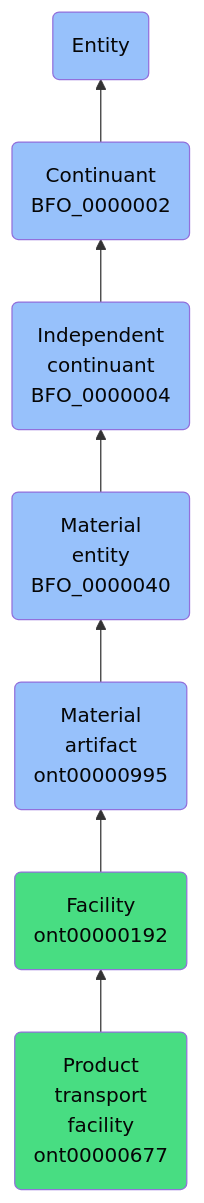
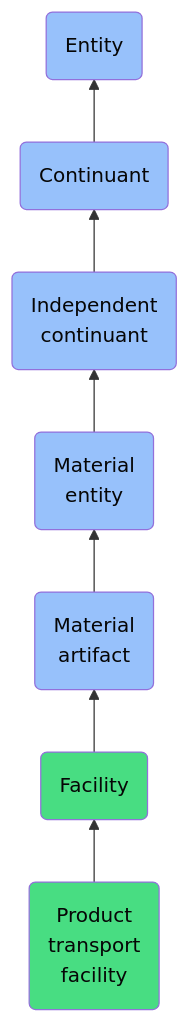
The diagram in docs/ontology/reference/model/Entity/Continuant/Independent continuant/Material entity/Material artifact/Facility/Product transport facility/Product transport facility.md (jupyter-naas/abi), drawn with Mermaid before and after one commit. The commit also changed other lines of this file and 1430 other files, not shown here.

````diff
--- a/docs/ontology/reference/model/Entity/Continuant/Independent continuant/Material entity/Material artifact/Facility/Product transport facility/Product transport facility.md
+++ b/docs/ontology/reference/model/Entity/Continuant/Independent continuant/Material entity/Material artifact/Facility/Product transport facility/Product transport facility.md
@@ -24,14 +24,14 @@
 ```mermaid
 graph BT
-    ont00000677(Product<br>transport<br>facility<br>ont00000677):::ABI-->ont00000192
-    ont00000192(Facility<br>ont00000192):::ABI-->ont00000995
-    ont00000995(Material<br>artifact<br>ont00000995):::BFO-->BFO_0000040
-    BFO_0000040(Material<br>entity<br>BFO_0000040):::BFO-->BFO_0000004
-    BFO_0000004(Independent<br>continuant<br>BFO_0000004):::BFO-->BFO_0000002
-    BFO_0000002(Continuant<br>BFO_0000002):::BFO-->BFO_0000001
+    ont00000677(Product<br>transport<br>facility):::ABI-->ont00000192
+    ont00000192(Facility):::ABI-->ont00000995
+    ont00000995(Material<br>artifact):::BFO-->BFO_0000040
+    BFO_0000040(Material<br>entity):::BFO-->BFO_0000004
+    BFO_0000004(Independent<br>continuant):::BFO-->BFO_0000002
+    BFO_0000002(Continuant):::BFO-->BFO_0000001
     BFO_0000001(Entity):::BFO
     
     classDef BFO fill:#97c1fb,color:#060606
     classDef CCO fill:#e4c51e,color:#060606
     classDef ABI fill:#48DD82,color:#060606
 ```
````
